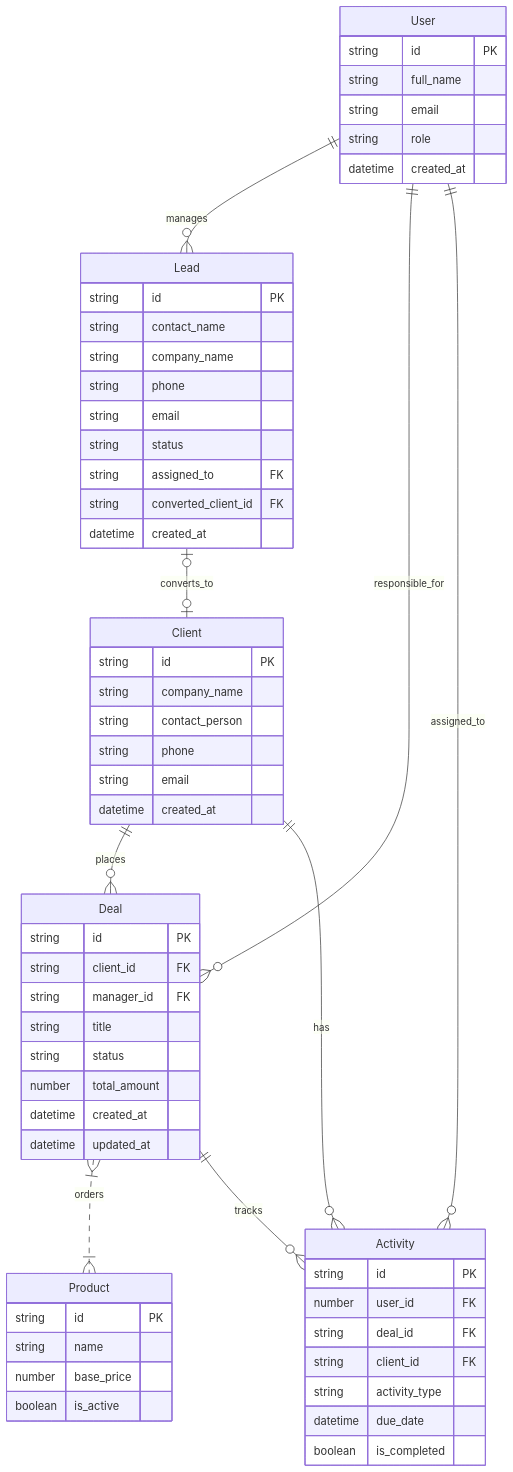
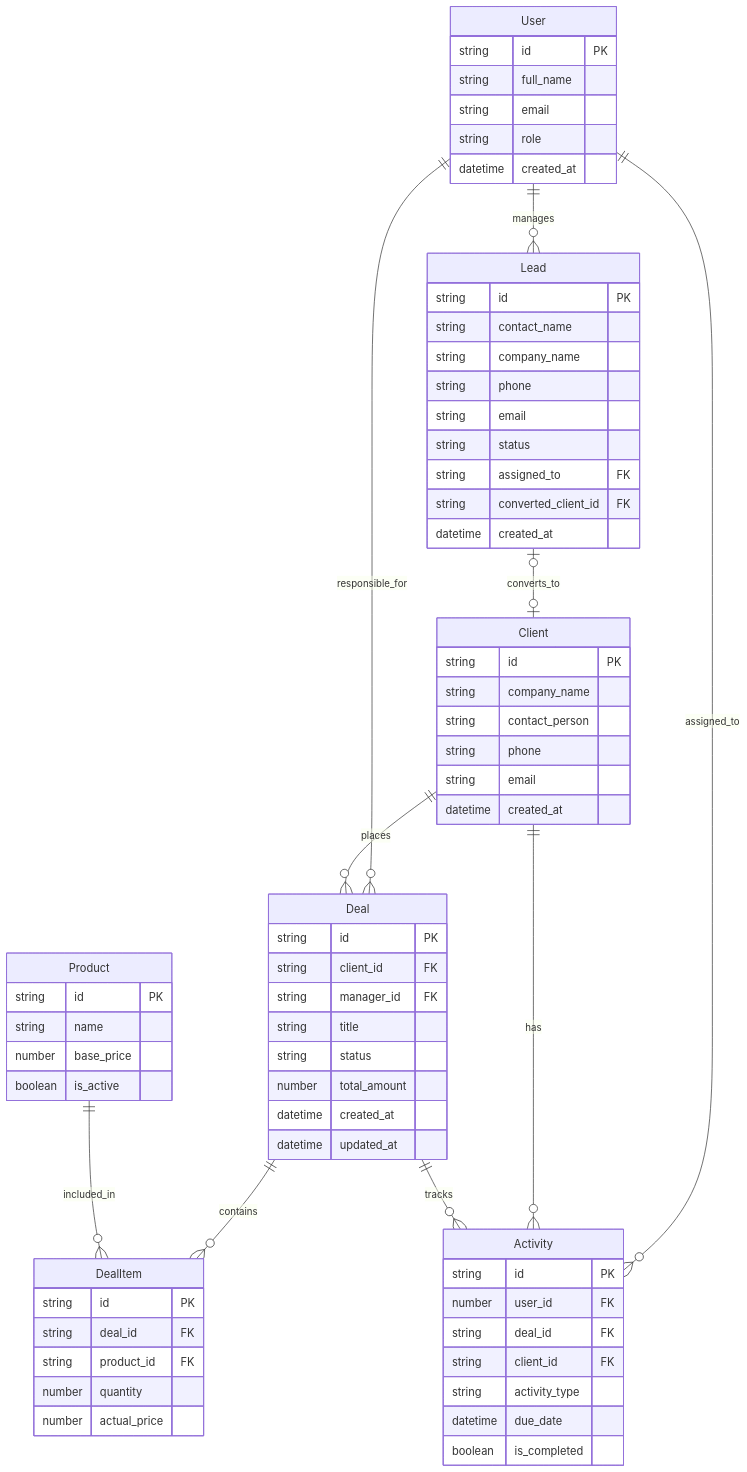
Before and after one commit to young3rrrr/KPI: the diagram in Lab 1/model.mermaid, drawn with Mermaid. The commit also changed 2 other files, not shown here.

Commit message:
fix(spec): formalize DealItem associative entity to preserve historical transaction price

```diff
--- a/Lab 1/model.mermaid
+++ b/Lab 1/model.mermaid
@@ -1,69 +1,79 @@
 erDiagram
     User ||--o{ Lead : "manages"
     User ||--o{ Deal : "responsible_for"
     User ||--o{ Activity : "assigned_to"
 
     Lead |o--o| Client : "converts_to"
 
     Client ||--o{ Deal : "places"
     Client ||--o{ Activity : "has"
 
-    Deal }|..|{ Product : "orders"
+    Deal ||--o{ DealItem : "contains"
     Deal ||--o{ Activity : "tracks"
+
+    Product ||--o{ DealItem : "included_in"
 
     User {
         string id PK
         string full_name
         string email
         string role
         datetime created_at
     }
 
     Lead {
         string id PK
         string contact_name
         string company_name
         string phone
         string email
         string status
         string assigned_to FK
         string converted_client_id FK
         datetime created_at
     }
 
     Client {
         string id PK
         string company_name
         string contact_person
         string phone
         string email
         datetime created_at
     }
 
     Deal {
         string id PK
         string client_id FK
         string manager_id FK
         string title
         string status
         number total_amount
         datetime created_at
         datetime updated_at
     }
 
     Product {
         string id PK
         string name
         number base_price
         boolean is_active
     }
 
+    DealItem {
+        string id PK
+        string deal_id FK
+        string product_id FK
+        number quantity
+        number actual_price
+    }
+
     Activity {
         string id PK
         number user_id FK
         string deal_id FK
         string client_id FK
         string activity_type
         datetime due_date
         boolean is_completed
     }
```
